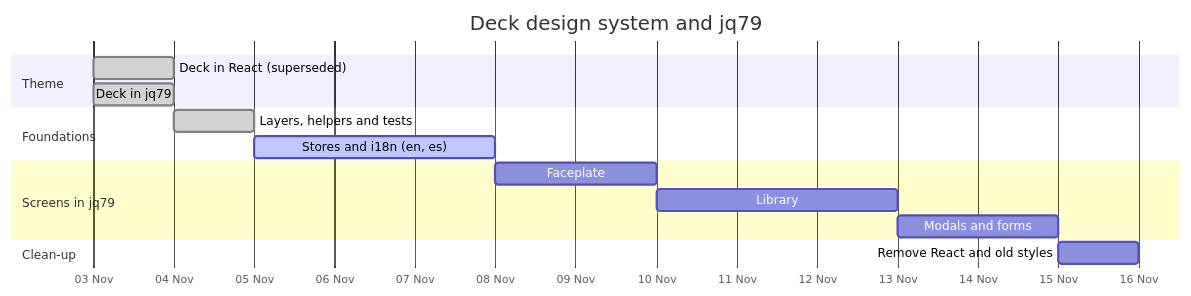
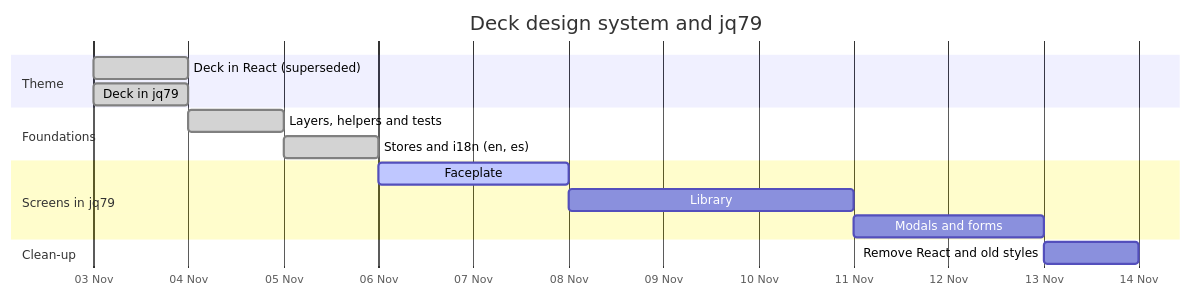
Before and after one commit to jgermade/jackbird: the diagram in ROADMAP/2026-11-03/deck-design-system.md, drawn with Mermaid. The commit also changed 37 other files, not shown here.

````diff
--- a/ROADMAP/2026-11-03/deck-design-system.md
+++ b/ROADMAP/2026-11-03/deck-design-system.md
@@ -8,18 +8,18 @@
 ```mermaid
 gantt
   title Deck design system and jq79
   dateFormat YYYY-MM-DD
   axisFormat %d %b
   section Theme
     Deck in React (superseded)         :done, react, 2026-11-03, 1d
     Deck in jq79                       :done, theme, 2026-11-03, 1d
   section Foundations
     Layers, helpers and tests          :done, layers, after theme, 1d
-    Stores and i18n (en, es)           :active, stores, after layers, 3d
+    Stores and i18n (en, es)           :done, stores, after layers, 1d
   section Screens in jq79
-    Faceplate                          :face, after stores, 2d
+    Faceplate                          :active, face, after stores, 2d
     Library                            :lib, after face, 3d
     Modals and forms                   :forms, after lib, 2d
   section Clean-up
     Remove React and old styles        :clean, after forms, 1d
 ```
````
